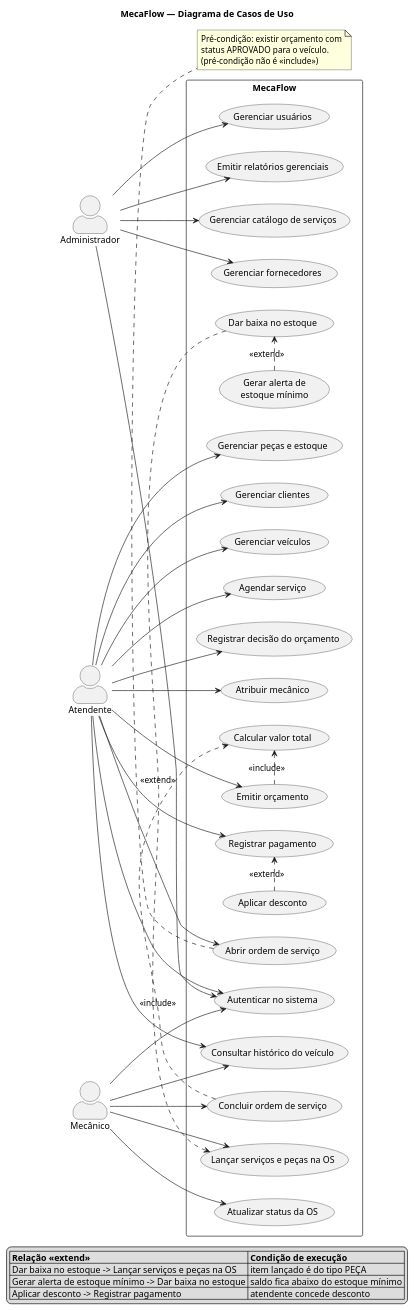
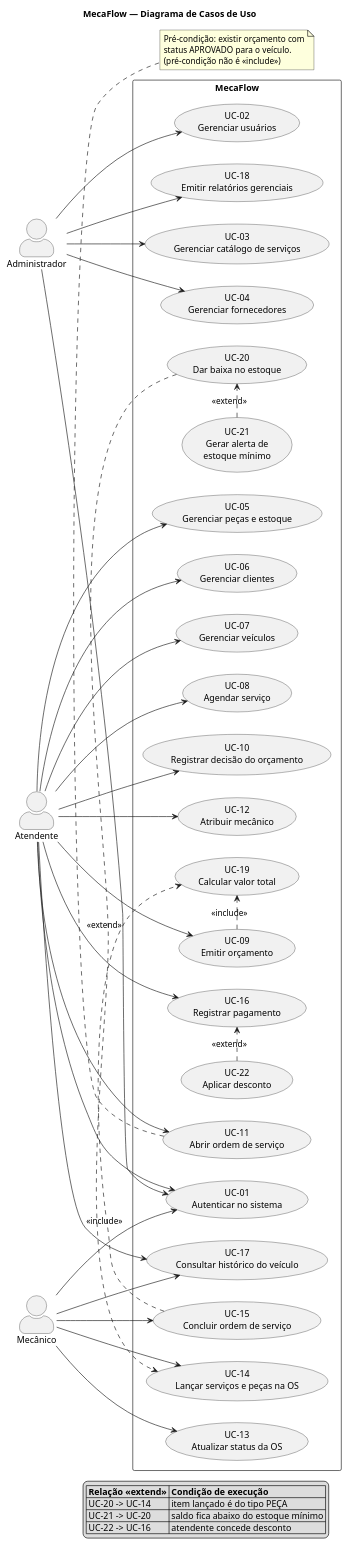
One commit to iTsLJ/mecaflow changed the diagram in docs/diagrams/01-casos-de-uso.puml. Above: the diagram before and after it, drawn with PlantUML. The commit also changed 20 other files, not shown here.

Commit message:
feat: add initial diagrams and documentation for MecaFlow project

```diff
--- a/docs/diagrams/01-casos-de-uso.puml
+++ b/docs/diagrams/01-casos-de-uso.puml
@@ -1,84 +1,84 @@
-@startuml casos-de-uso
+@startuml
 left to right direction
 skinparam packageStyle rectangle
 skinparam shadowing false
 skinparam actorStyle awesome
 title MecaFlow — Diagrama de Casos de Uso
 
 actor "Administrador" as Admin
 actor "Atendente" as Atendente
 actor "Mecânico" as Mecanico
 
 rectangle "MecaFlow" {
-  usecase "Autenticar no sistema" as UC0
-  usecase "Gerenciar usuários" as UC1
-  usecase "Gerenciar catálogo de serviços" as UC2
-  usecase "Gerenciar fornecedores" as UC3
-  usecase "Gerenciar peças e estoque" as UC4
-  usecase "Gerenciar clientes" as UC5
-  usecase "Gerenciar veículos" as UC6
-  usecase "Agendar serviço" as UC7
-  usecase "Emitir orçamento" as UC8
-  usecase "Registrar decisão do orçamento" as UC9
-  usecase "Abrir ordem de serviço" as UC10
-  usecase "Atribuir mecânico" as UC11
-  usecase "Atualizar status da OS" as UC12
-  usecase "Lançar serviços e peças na OS" as UC13
-  usecase "Concluir ordem de serviço" as UC14
-  usecase "Registrar pagamento" as UC15
-  usecase "Consultar histórico do veículo" as UC16
-  usecase "Emitir relatórios gerenciais" as UC17
-  usecase "Calcular valor total" as UC18
-  usecase "Dar baixa no estoque" as UC19
-  usecase "Gerar alerta de\nestoque mínimo" as UC20
-  usecase "Aplicar desconto" as UC21
+  usecase "UC-01\nAutenticar no sistema" as UC01
+  usecase "UC-02\nGerenciar usuários" as UC02
+  usecase "UC-03\nGerenciar catálogo de serviços" as UC03
+  usecase "UC-04\nGerenciar fornecedores" as UC04
+  usecase "UC-05\nGerenciar peças e estoque" as UC05
+  usecase "UC-06\nGerenciar clientes" as UC06
+  usecase "UC-07\nGerenciar veículos" as UC07
+  usecase "UC-08\nAgendar serviço" as UC08
+  usecase "UC-09\nEmitir orçamento" as UC09
+  usecase "UC-10\nRegistrar decisão do orçamento" as UC10
+  usecase "UC-11\nAbrir ordem de serviço" as UC11
+  usecase "UC-12\nAtribuir mecânico" as UC12
+  usecase "UC-13\nAtualizar status da OS" as UC13
+  usecase "UC-14\nLançar serviços e peças na OS" as UC14
+  usecase "UC-15\nConcluir ordem de serviço" as UC15
+  usecase "UC-16\nRegistrar pagamento" as UC16
+  usecase "UC-17\nConsultar histórico do veículo" as UC17
+  usecase "UC-18\nEmitir relatórios gerenciais" as UC18
+  usecase "UC-19\nCalcular valor total" as UC19
+  usecase "UC-20\nDar baixa no estoque" as UC20
+  usecase "UC-21\nGerar alerta de\nestoque mínimo" as UC21
+  usecase "UC-22\nAplicar desconto" as UC22
 }
 
-Admin --> UC0
-Atendente --> UC0
-Mecanico --> UC0
+Admin --> UC01
+Atendente --> UC01
+Mecanico --> UC01
 
-Admin --> UC1
-Admin --> UC2
-Admin --> UC3
-Admin --> UC17
+Admin --> UC02
+Admin --> UC03
+Admin --> UC04
+Admin --> UC18
 
-Atendente --> UC4
-Atendente --> UC5
-Atendente --> UC6
-Atendente --> UC7
-Atendente --> UC8
-Atendente --> UC9
+Atendente --> UC05
+Atendente --> UC06
+Atendente --> UC07
+Atendente --> UC08
+Atendente --> UC09
 Atendente --> UC10
 Atendente --> UC11
-Atendente --> UC15
+Atendente --> UC12
 Atendente --> UC16
+Atendente --> UC17
 
-Mecanico --> UC12
 Mecanico --> UC13
 Mecanico --> UC14
-Mecanico --> UC16
+Mecanico --> UC15
+Mecanico --> UC17
 
 ' ---------- INCLUDE: comportamento obrigatório e reutilizado ----------
-UC8  .> UC18 : <<include>>
-UC14 .> UC18 : <<include>>
+UC09 .> UC19 : <<include>>
+UC15 .> UC19 : <<include>>
 
 ' ---------- EXTEND: comportamento condicional (aponta para o caso base) ----------
-UC19 .> UC13 : <<extend>>
-UC20 .> UC19 : <<extend>>
-UC21 .> UC15 : <<extend>>
+UC20 .> UC14 : <<extend>>
+UC21 .> UC20 : <<extend>>
+UC22 .> UC16 : <<extend>>
 
-note bottom of UC10
+note bottom of UC11
   Pré-condição: existir orçamento com
   status APROVADO para o veículo.
   (pré-condição não é <<include>>)
 end note
 
 legend right
   |= Relação <<extend>> |= Condição de execução |
-  | Dar baixa no estoque -> Lançar serviços e peças na OS | item lançado é do tipo PEÇA |
-  | Gerar alerta de estoque mínimo -> Dar baixa no estoque | saldo fica abaixo do estoque mínimo |
-  | Aplicar desconto -> Registrar pagamento | atendente concede desconto |
+  | UC-20 -> UC-14 | item lançado é do tipo PEÇA |
+  | UC-21 -> UC-20 | saldo fica abaixo do estoque mínimo |
+  | UC-22 -> UC-16 | atendente concede desconto |
 endlegend
 
 @enduml
```
